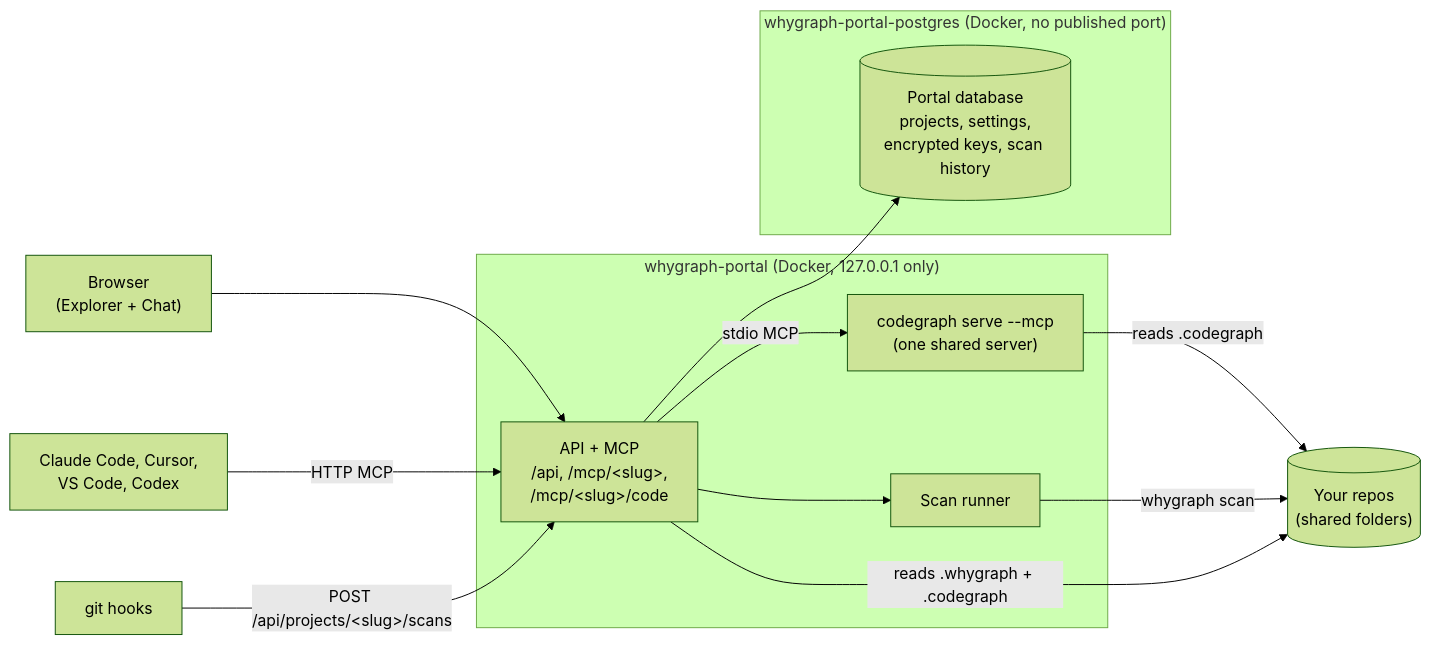
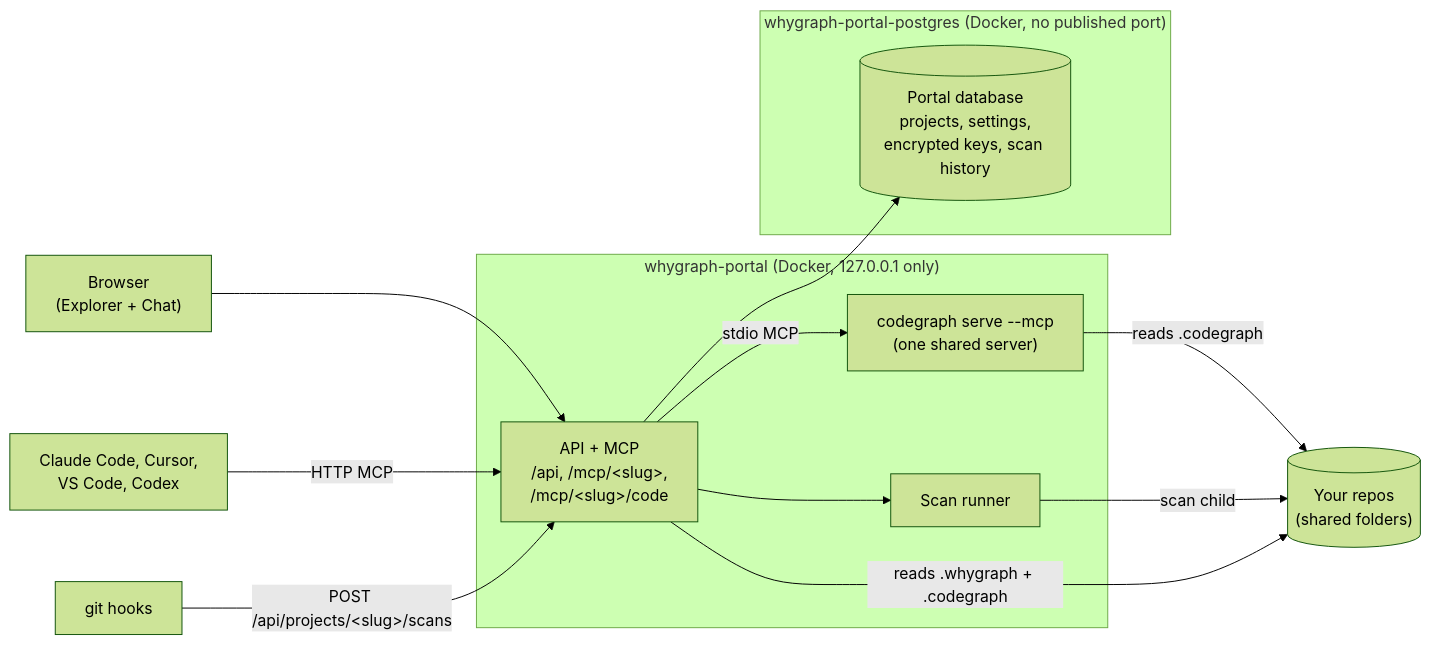
One commit to mtrdesign/whygraph changed the diagram in docs/portal/index.md. Above: the diagram before and after it, drawn with Mermaid (forest theme). The commit also changed 85 other files, not shown here.

First line of the commit message:
Remove whygraph scan: the portal runs an internal scan child (#69)

````diff
--- a/docs/portal/index.md
+++ b/docs/portal/index.md
@@ -12,24 +12,24 @@
 ```mermaid
 flowchart LR
     browser["Browser<br/>(Explorer + Chat)"]
     agents["Claude Code, Cursor,<br/>VS Code, Codex"]
     subgraph portal["whygraph-portal (Docker, 127.0.0.1 only)"]
         api["API + MCP<br/>/api, /mcp/&lt;slug&gt;,<br/>/mcp/&lt;slug&gt;/code"]
         runner["Scan runner"]
         cg["codegraph serve --mcp<br/>(one shared server)"]
     end
     subgraph pg["whygraph-portal-postgres (Docker, no published port)"]
         db[("Portal database<br/>projects, settings,<br/>encrypted keys, scan history")]
     end
     repos[("Your repos<br/>(shared folders)")]
 
     browser --> api
     agents -- "HTTP MCP" --> api
     api --> db
     api --> runner
     api -- "stdio MCP" --> cg
     cg -- "reads .codegraph" --> repos
-    runner -- "whygraph scan" --> repos
+    runner -- "scan child" --> repos
     api -- "reads .whygraph + .codegraph" --> repos
     hooks["git hooks"] -- "POST /api/projects/&lt;slug&gt;/scans" --> api
 ```
````
